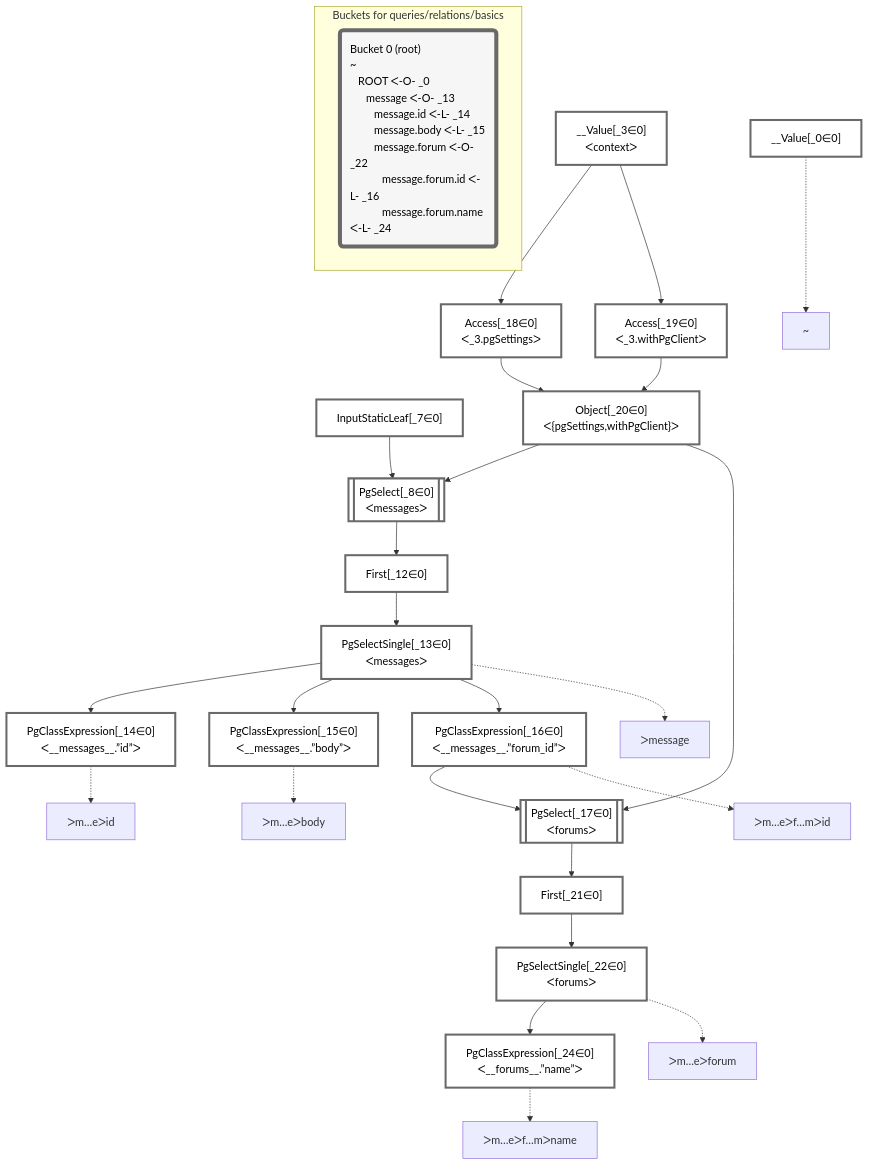
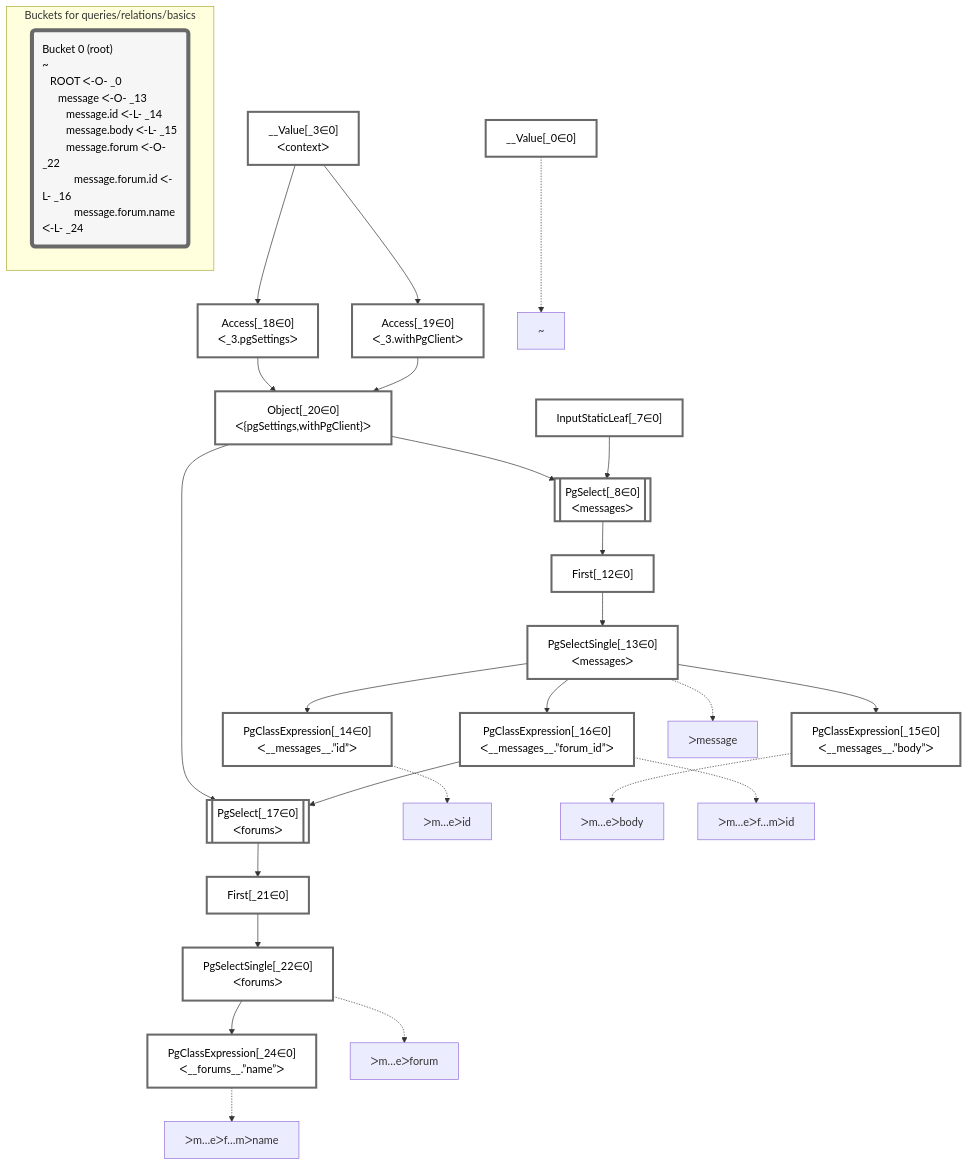
Before and after one commit to graphile/crystal: the diagram in packages/dataplan-pg/__tests__/queries/relations/basics.deopt.mermaid.md, drawn with Mermaid. The commit also changed other lines of this file and 195 other files, not shown here.

````diff
--- a/packages/dataplan-pg/__tests__/queries/relations/basics.deopt.mermaid.md
+++ b/packages/dataplan-pg/__tests__/queries/relations/basics.deopt.mermaid.md
@@ -1,64 +1,64 @@
 ```mermaid
 graph TD
     classDef path fill:#eee,stroke:#000,color:#000
     classDef plan fill:#fff,stroke-width:3px,color:#000
     classDef itemplan fill:#fff,stroke-width:6px,color:#000
     classDef sideeffectplan fill:#f00,stroke-width:6px,color:#000
     classDef bucket fill:#f6f6f6,color:#000,stroke-width:6px,text-align:left
 
 
     %% define plans
     __Value_0["__Value[_0∈0]"]:::plan
+    PgClassExpression_14["PgClassExpression[_14∈0]<br />ᐸ__messages__.”id”ᐳ"]:::plan
+    PgClassExpression_15["PgClassExpression[_15∈0]<br />ᐸ__messages__.”body”ᐳ"]:::plan
+    PgClassExpression_24["PgClassExpression[_24∈0]<br />ᐸ__forums__.”name”ᐳ"]:::plan
+    PgSelectSingle_22["PgSelectSingle[_22∈0]<br />ᐸforumsᐳ"]:::plan
+    First_21["First[_21∈0]"]:::plan
+    PgSelect_17[["PgSelect[_17∈0]<br />ᐸforumsᐳ"]]:::plan
+    PgClassExpression_16["PgClassExpression[_16∈0]<br />ᐸ__messages__.”forum_id”ᐳ"]:::plan
+    PgSelectSingle_13["PgSelectSingle[_13∈0]<br />ᐸmessagesᐳ"]:::plan
+    First_12["First[_12∈0]"]:::plan
+    PgSelect_8[["PgSelect[_8∈0]<br />ᐸmessagesᐳ"]]:::plan
+    Object_20["Object[_20∈0]<br />ᐸ{pgSettings,withPgClient}ᐳ"]:::plan
+    Access_18["Access[_18∈0]<br />ᐸ_3.pgSettingsᐳ"]:::plan
+    Access_19["Access[_19∈0]<br />ᐸ_3.withPgClientᐳ"]:::plan
     __Value_3["__Value[_3∈0]<br />ᐸcontextᐳ"]:::plan
     InputStaticLeaf_7["InputStaticLeaf[_7∈0]"]:::plan
-    PgSelect_8[["PgSelect[_8∈0]<br />ᐸmessagesᐳ"]]:::plan
-    First_12["First[_12∈0]"]:::plan
-    PgSelectSingle_13["PgSelectSingle[_13∈0]<br />ᐸmessagesᐳ"]:::plan
-    PgClassExpression_14["PgClassExpression[_14∈0]<br />ᐸ__messages__.”id”ᐳ"]:::plan
-    PgClassExpression_15["PgClassExpression[_15∈0]<br />ᐸ__messages__.”body”ᐳ"]:::plan
-    PgClassExpression_16["PgClassExpression[_16∈0]<br />ᐸ__messages__.”forum_id”ᐳ"]:::plan
-    PgSelect_17[["PgSelect[_17∈0]<br />ᐸforumsᐳ"]]:::plan
-    Access_18["Access[_18∈0]<br />ᐸ_3.pgSettingsᐳ"]:::plan
-    Access_19["Access[_19∈0]<br />ᐸ_3.withPgClientᐳ"]:::plan
-    Object_20["Object[_20∈0]<br />ᐸ{pgSettings,withPgClient}ᐳ"]:::plan
-    First_21["First[_21∈0]"]:::plan
-    PgSelectSingle_22["PgSelectSingle[_22∈0]<br />ᐸforumsᐳ"]:::plan
-    PgClassExpression_24["PgClassExpression[_24∈0]<br />ᐸ__forums__.”name”ᐳ"]:::plan
 
     %% plan dependencies
-    Object_20 & InputStaticLeaf_7 --> PgSelect_8
-    PgSelect_8 --> First_12
-    First_12 --> PgSelectSingle_13
     PgSelectSingle_13 --> PgClassExpression_14
     PgSelectSingle_13 --> PgClassExpression_15
+    PgSelectSingle_22 --> PgClassExpression_24
+    First_21 --> PgSelectSingle_22
+    PgSelect_17 --> First_21
+    Object_20 & PgClassExpression_16 --> PgSelect_17
     PgSelectSingle_13 --> PgClassExpression_16
-    Object_20 & PgClassExpression_16 --> PgSelect_17
+    First_12 --> PgSelectSingle_13
+    PgSelect_8 --> First_12
+    Object_20 & InputStaticLeaf_7 --> PgSelect_8
+    Access_18 & Access_19 --> Object_20
     __Value_3 --> Access_18
     __Value_3 --> Access_19
-    Access_18 & Access_19 --> Object_20
-    PgSelect_17 --> First_21
-    First_21 --> PgSelectSingle_22
-    PgSelectSingle_22 --> PgClassExpression_24
 
     %% plan-to-path relationships
     P_0["~"]
     __Value_0 -.-> P_0
     P_13["ᐳmessage"]
     PgSelectSingle_13 -.-> P_13
     P_14["ᐳm…eᐳid"]
     PgClassExpression_14 -.-> P_14
     P_15["ᐳm…eᐳbody"]
     PgClassExpression_15 -.-> P_15
     P_16["ᐳm…eᐳf…mᐳid"]
     PgClassExpression_16 -.-> P_16
     P_22["ᐳm…eᐳforum"]
     PgSelectSingle_22 -.-> P_22
     P_24["ᐳm…eᐳf…mᐳname"]
     PgClassExpression_24 -.-> P_24
 
     subgraph "Buckets for queries/relations/basics"
     Bucket0("Bucket 0 (root)<br />~<br />⠀ROOT ᐸ-O- _0<br />⠀⠀message ᐸ-O- _13<br />⠀⠀⠀message.id ᐸ-L- _14<br />⠀⠀⠀message.body ᐸ-L- _15<br />⠀⠀⠀message.forum ᐸ-O- _22<br />⠀⠀⠀⠀message.forum.id ᐸ-L- _16<br />⠀⠀⠀⠀message.forum.name ᐸ-L- _24"):::bucket
     classDef bucket0 stroke:#696969
     class Bucket0,__Value_0,__Value_3,InputStaticLeaf_7,PgSelect_8,First_12,PgSelectSingle_13,PgClassExpression_14,PgClassExpression_15,PgClassExpression_16,PgSelect_17,Access_18,Access_19,Object_20,First_21,PgSelectSingle_22,PgClassExpression_24 bucket0
     end
 ```
````
